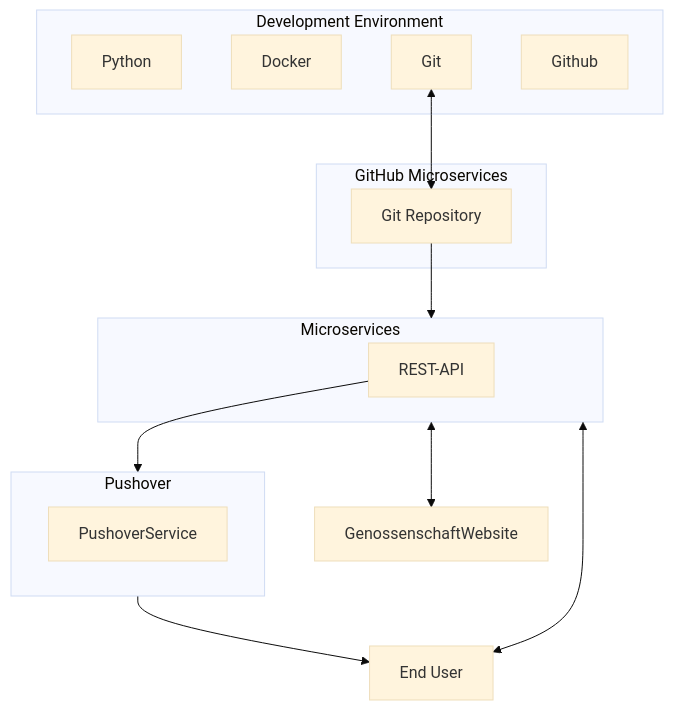
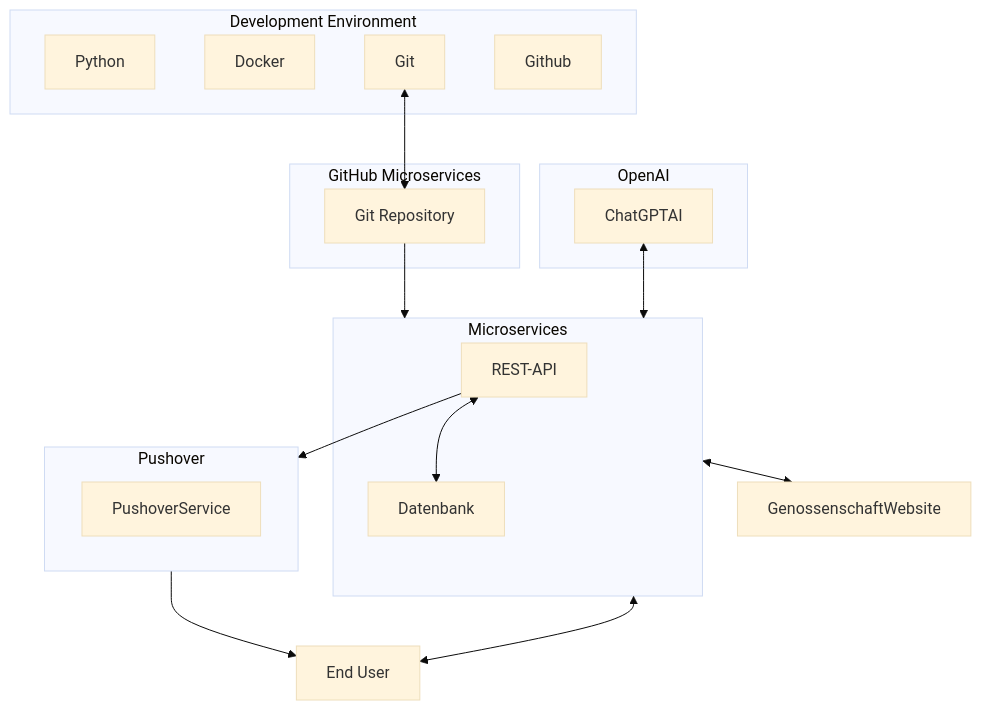
Before and after one commit to danyambuehl/ITCNE23-SEM-Ill: the diagram in docs/01_Start/Projektsteckbrief.md, drawn with Mermaid (base theme). The commit also changed 6 other files, not shown here.

Commit message:
mermaid update and gitlab

````diff
--- a/docs/01_Start/Projektsteckbrief.md
+++ b/docs/01_Start/Projektsteckbrief.md
@@ -20,28 +20,34 @@
 ```mermaid
 flowchart TB
         subgraph Entwicklerumgebung["Development Environment"]
             Python["Python"]
             Docker["Docker"]
             Git["Git"]
             Github["Github"]
         end
         subgraph Microservices["Microservices"]
             RESTAPI["REST-API"]
+            DB["Datenbank"]
         end
         subgraph Github_Microservices["GitHub Microservices"]
             GitRepository["Git Repository"]
         end
         subgraph Pushover
             PushoverService
+        end
+        subgraph OpenAI
+            ChatGPT["ChatGPTAI"]
         end
 
     EndUser["End User"]
 
     %% Define Relationships
     GitRepository --> Microservices
     RESTAPI --> Pushover
     Pushover --> EndUser
+    RESTAPI <--> DB
     Git <--> GitRepository
     Microservices <--> EndUser 
     Microservices <--> GenossenschaftWebsite
+    ChatGPT <--> Microservices
 ```
````
